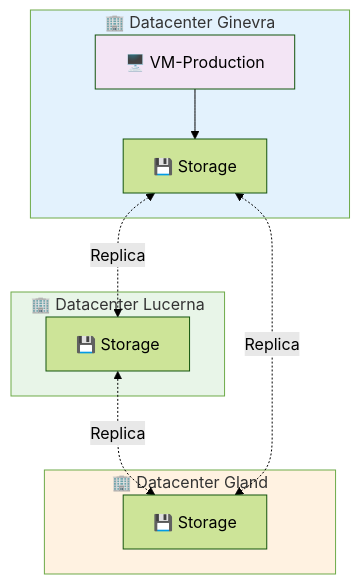
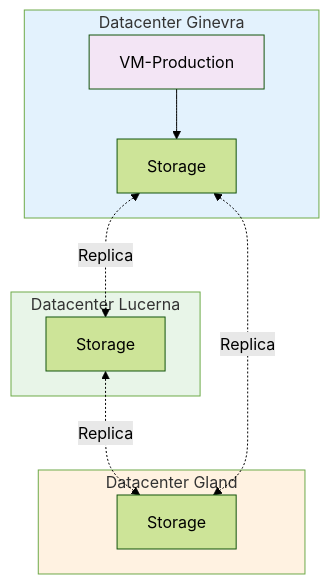
The diagram in i18n/it/docusaurus-plugin-content-docs/current/services/compute/overview.md (HidoraSwiss/hikube-public-doc), drawn with Mermaid (forest theme) before and after one commit. The commit also changed other lines of this file and 142 other files, not shown here.

First line of the commit message:
docs: retirer tous les emojis (titres, encadrés, tableaux, diagrammes)

````diff
--- a/i18n/it/docusaurus-plugin-content-docs/current/services/compute/overview.md
+++ b/i18n/it/docusaurus-plugin-content-docs/current/services/compute/overview.md
@@ -36,29 +36,29 @@
 ```mermaid
 flowchart TD
-    subgraph DC1["🏢 Datacenter Ginevra"]
-        VM1["🖥️ VM-Production"]
-        STORAGE1["💾 Storage"]
+    subgraph DC1["Datacenter Ginevra"]
+        VM1["VM-Production"]
+        STORAGE1["Storage"]
     end
 
-    subgraph DC2["🏢 Datacenter Lucerna"]
-        STORAGE2["💾 Storage"]
+    subgraph DC2["Datacenter Lucerna"]
+        STORAGE2["Storage"]
     end
 
-    subgraph DC3["🏢 Datacenter Gland"]
-        STORAGE3["💾 Storage"]
+    subgraph DC3["Datacenter Gland"]
+        STORAGE3["Storage"]
     end
 
     %% La VM utilizza lo storage locale
     VM1 --> STORAGE1
 
     %% Replica dello storage tra i 3 DC
     STORAGE1 <-.->|"Replica"| STORAGE2
     STORAGE2 <-.->|"Replica"| STORAGE3
     STORAGE1 <-.->|"Replica"| STORAGE3
 
     %% Stili
     style DC1 fill:#e3f2fd
     style DC2 fill:#e8f5e8
     style DC3 fill:#fff2e1
     style VM1 fill:#f3e5f5
 ```
````
